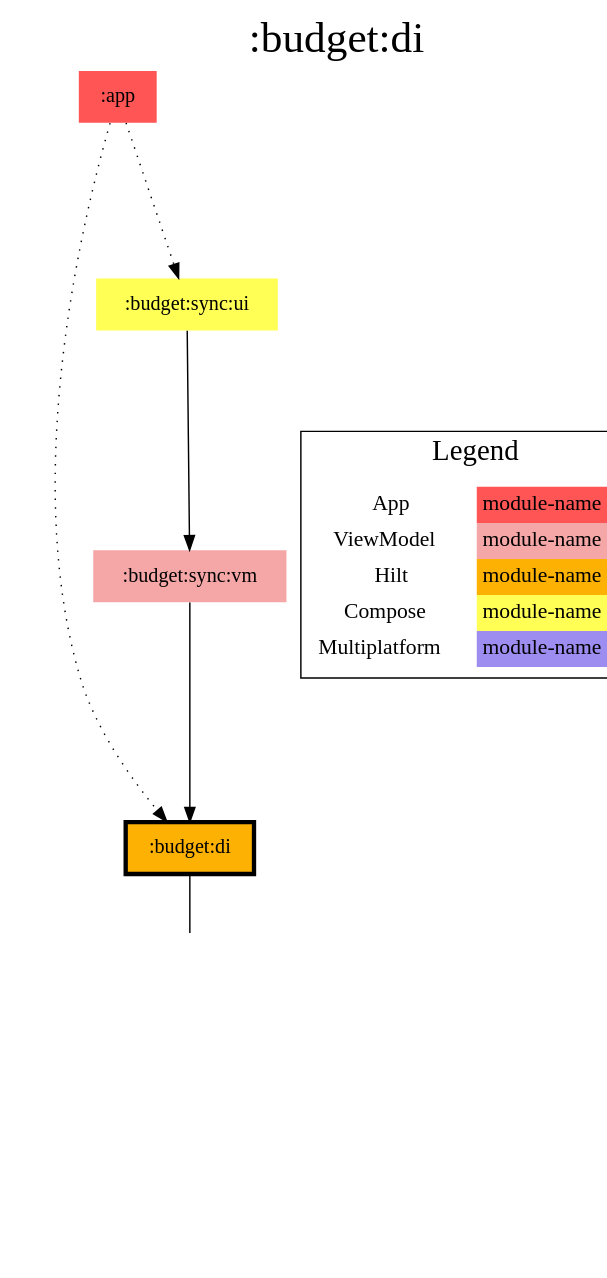
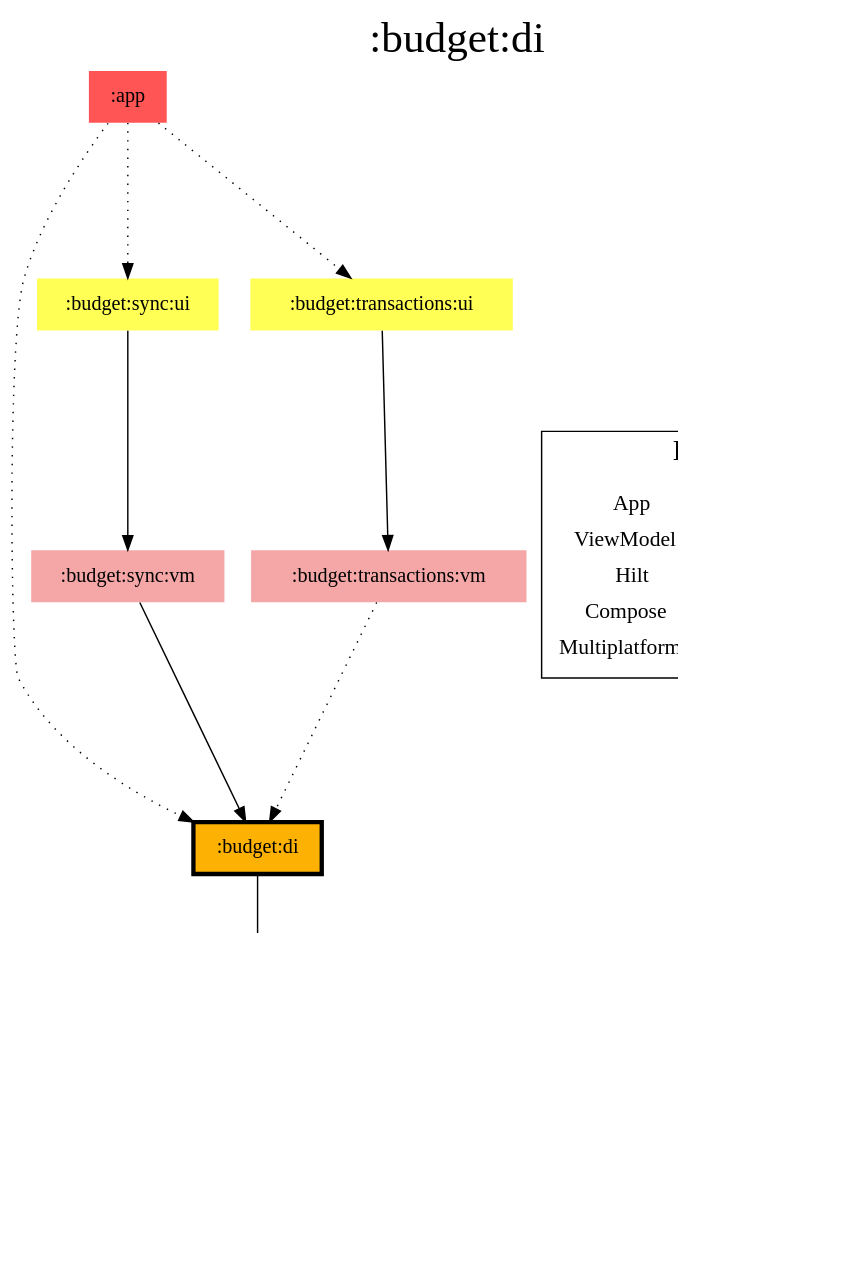
One commit to jonapoul/aktual changed the diagram in modules/budget/di/modules.dot. Above: the diagram before and after it, drawn with Graphviz. The commit also changed 47 other files, not shown here.

```diff
--- a/modules/budget/di/modules.dot
+++ b/modules/budget/di/modules.dot
@@ -1,37 +1,42 @@
 digraph {
 edge ["dir"="forward"]
 graph ["dpi"="100","label"=":budget:di","labelloc"="t","fontsize"="30","ranksep"="1.5","rankdir"="TB"]
 node ["style"="filled"]
 ":app" ["fillcolor"="#FF5555","shape"="none"]
 ":budget:db" ["fillcolor"="#9D8DF1","shape"="none"]
 ":budget:di" ["fillcolor"="#FCB103","color"="black","penwidth"="3","shape"="box"]
 ":budget:model" ["fillcolor"="#9D8DF1","shape"="none"]
 ":budget:sync:ui" ["fillcolor"="#FFFF55","shape"="none"]
 ":budget:sync:vm" ["fillcolor"="#F5A6A6","shape"="none"]
+":budget:transactions:ui" ["fillcolor"="#FFFF55","shape"="none"]
+":budget:transactions:vm" ["fillcolor"="#F5A6A6","shape"="none"]
 ":core:model" ["fillcolor"="#9D8DF1","shape"="none"]
 {
 edge ["dir"="none"]
 graph ["rank"="same"]
 ":budget:di"
 }
 ":app" -> ":budget:di" ["style"="dotted"]
 ":app" -> ":budget:sync:ui" ["style"="dotted"]
+":app" -> ":budget:transactions:ui" ["style"="dotted"]
 ":budget:db" -> ":budget:model"
 ":budget:db" -> ":core:model"
 ":budget:di" -> ":budget:db"
 ":budget:sync:ui" -> ":budget:sync:vm"
 ":budget:sync:vm" -> ":budget:di"
+":budget:transactions:ui" -> ":budget:transactions:vm"
+":budget:transactions:vm" -> ":budget:di" ["style"="dotted"]
 subgraph "cluster_legend" {
 edge ["dir"="none"]
 graph ["label"="Legend","fontsize"="20"]
 "Legend" ["style"="filled","fillcolor"="#FFFFFF","shape"="none","margin"="0","fontsize"="15","label"=<
 <TABLE BORDER="0" CELLBORDER="0" CELLSPACING="0" CELLPADDING="4">
 <TR><TD>App</TD><TD BGCOLOR="#FF5555">module-name</TD></TR>
 <TR><TD>ViewModel</TD><TD BGCOLOR="#F5A6A6">module-name</TD></TR>
 <TR><TD>Hilt</TD><TD BGCOLOR="#FCB103">module-name</TD></TR>
 <TR><TD>Compose</TD><TD BGCOLOR="#FFFF55">module-name</TD></TR>
 <TR><TD>Multiplatform</TD><TD BGCOLOR="#9D8DF1">module-name</TD></TR>
 </TABLE>
 >]
 } -> ":budget:di" ["style"="invis"]
 }
```
